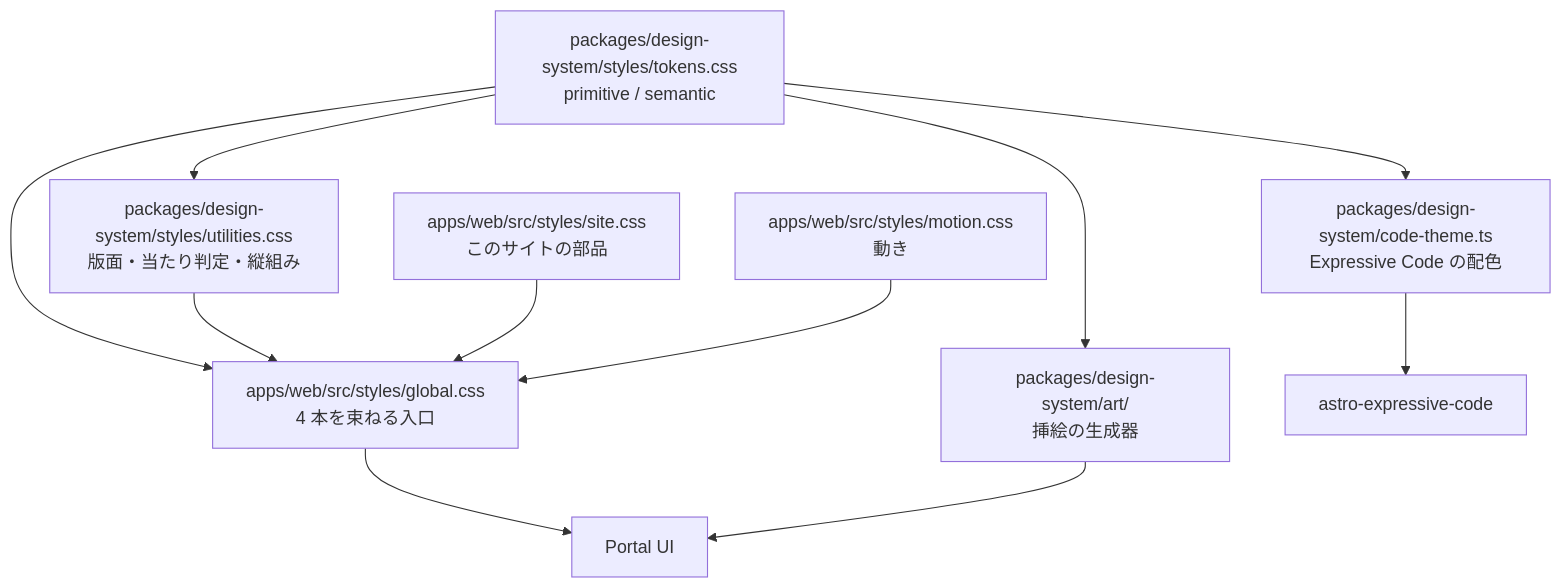
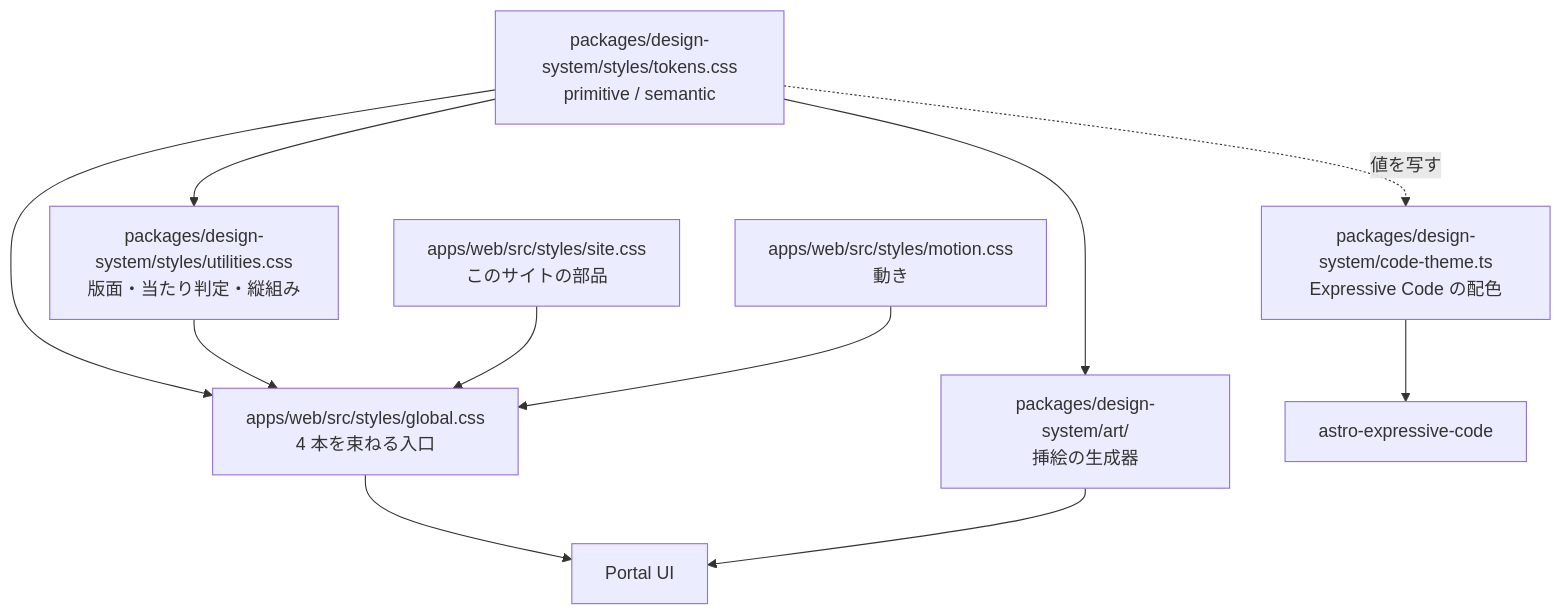
One commit to Fukuemon/fukuemon.dev changed the diagram in packages/design-system/DesignDoc.md. Above: the diagram before and after it, drawn with Mermaid. The commit also changed other lines of this file and 2 other files, not shown here.

````diff
--- a/packages/design-system/DesignDoc.md
+++ b/packages/design-system/DesignDoc.md
@@ -624,20 +493,20 @@
 ```mermaid
 flowchart TD
     tokens["packages/design-system/styles/tokens.css<br/>primitive / semantic"]
     utils["packages/design-system/styles/utilities.css<br/>版面・当たり判定・縦組み"]
     art["packages/design-system/art/<br/>挿絵の生成器"]
     theme["packages/design-system/code-theme.ts<br/>Expressive Code の配色"]
     global["apps/web/src/styles/global.css<br/>4 本を束ねる入口"]
     site["apps/web/src/styles/site.css<br/>このサイトの部品"]
     motion["apps/web/src/styles/motion.css<br/>動き"]
     tokens --> utils
     tokens --> art
-    tokens --> theme
+    tokens -. 値を写す .-> theme
     tokens --> global
     utils --> global
     site --> global
     motion --> global
     global --> portal["Portal UI"]
     art --> portal
     theme --> ec["astro-expressive-code"]
 ```
````
